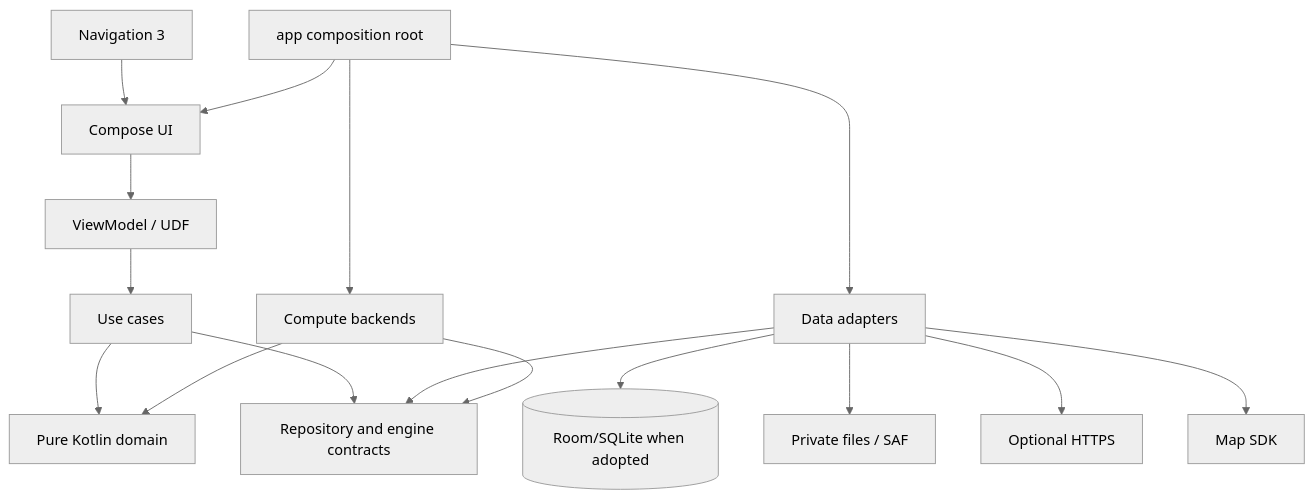
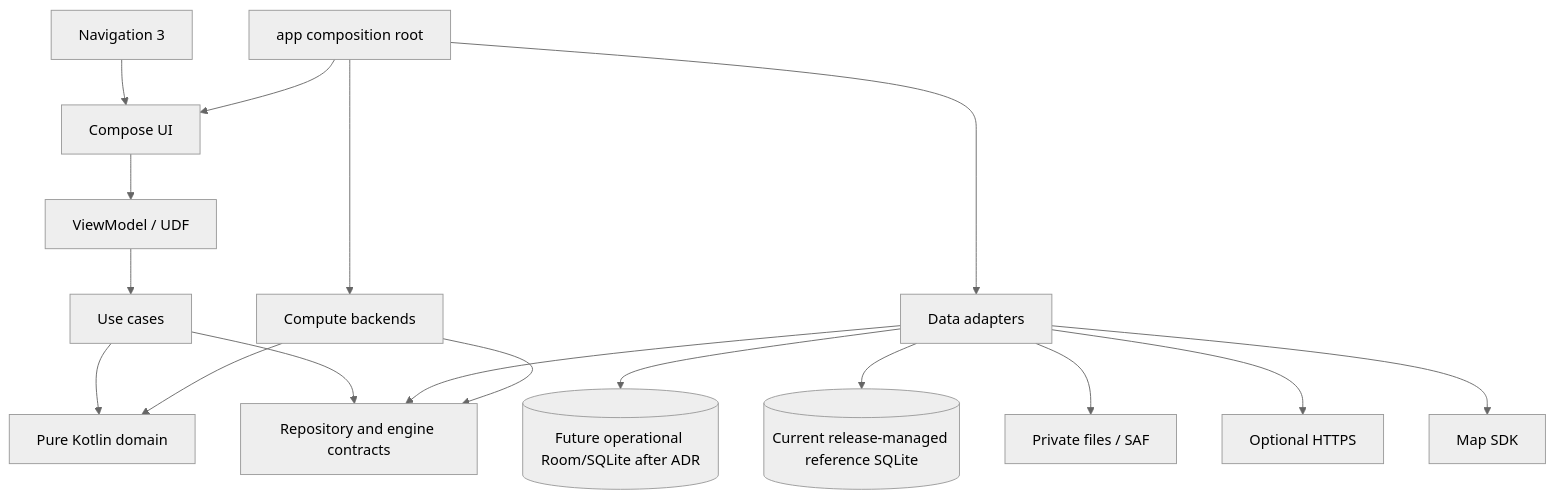
Before and after one commit to Gecesars/ATX_PLA_APK: the third of 4 diagrams in docs/ARCHITECTURE.md, drawn with Mermaid (neutral theme). The commit also changed other lines of this file and 51 other files, not shown here.

````diff
--- a/docs/ARCHITECTURE.md
+++ b/docs/ARCHITECTURE.md
@@ -107,18 +113,19 @@
 ```mermaid
 flowchart TD
     UI[Compose UI] --> VM[ViewModel / UDF]
     NAV[Navigation 3] --> UI
     VM --> USE[Use cases]
     USE --> DOMAIN[Pure Kotlin domain]
     USE --> PORTS[Repository and engine contracts]
     DATA[Data adapters] --> PORTS
-    DATA --> DB[(Room/SQLite when adopted)]
+    DATA --> DB[(Future operational Room/SQLite after ADR)]
+    DATA --> REFDB[(Current release-managed reference SQLite)]
     DATA --> FILES[Private files / SAF]
     DATA --> NET[Optional HTTPS]
     DATA --> MAPSDK[Map SDK]
     ENGINES[Compute backends] --> PORTS
     ENGINES --> DOMAIN
     ROOT[app composition root] --> UI
     ROOT --> DATA
     ROOT --> ENGINES
 ```
````
